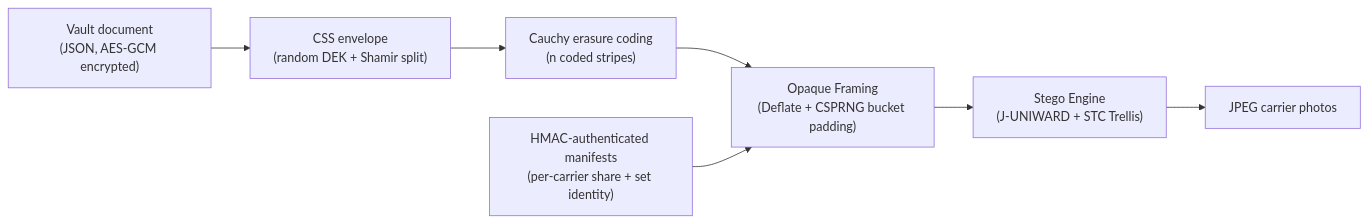
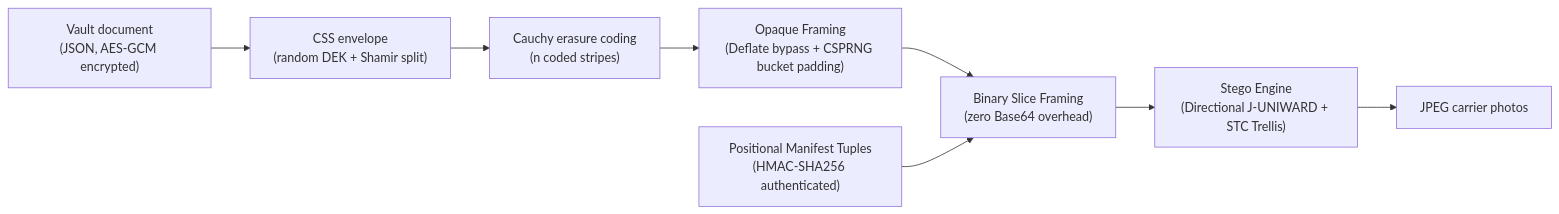
One commit to jessebeard/Ollie changed the diagram in README.md. Above: the diagram before and after it, drawn with Mermaid. The commit also changed other lines of this file and 37 other files, not shown here.

First line of the commit message:
feat(v4.1): implement trap-immune carrierSalt, binary slice stego-payload, positional array manifests, and directional J-UNIWARD

````diff
--- a/README.md
+++ b/README.md
@@ -119,13 +127,14 @@
 ```mermaid
 flowchart LR
     DOC["Vault document<br/>(JSON, AES-GCM encrypted)"]
     SEAL["CSS envelope<br/>(random DEK + Shamir split)"]
     EC["Cauchy erasure coding<br/>(n coded stripes)"]
-    MANIFEST["HMAC-authenticated manifests<br/>(per-carrier share + set identity)"]
-    OPAQUE["Opaque Framing<br/>(Deflate + CSPRNG bucket padding)"]
-    STC["Stego Engine<br/>(J-UNIWARD + STC Trellis)"]
+    MANIFEST["Positional Manifest Tuples<br/>(HMAC-SHA256 authenticated)"]
+    OPAQUE["Opaque Framing<br/>(Deflate bypass + CSPRNG bucket padding)"]
+    SLICE["Binary Slice Framing<br/>(zero Base64 overhead)"]
+    STC["Stego Engine<br/>(Directional J-UNIWARD + STC Trellis)"]
     CARRIER["JPEG carrier photos"]
 
-    DOC --> SEAL --> EC --> OPAQUE --> STC --> CARRIER
-    MANIFEST --> OPAQUE
+    DOC --> SEAL --> EC --> OPAQUE --> SLICE --> STC --> CARRIER
+    MANIFEST --> SLICE
 ```
````
